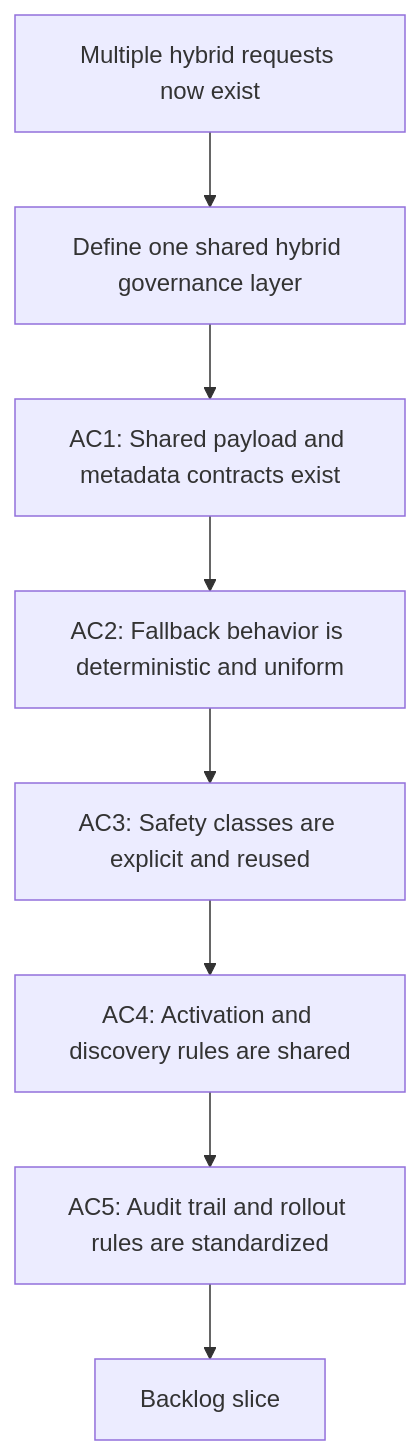
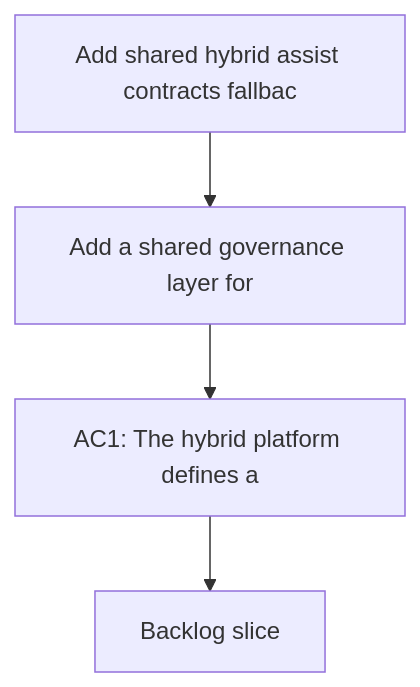
The diagram in logics/request/req_093_add_shared_hybrid_assist_contracts_fallback_policy_activation_rules_and_audit_governance_for_logics_delivery_automation.md (AlexAgo83/logics-manager), drawn with Mermaid before and after one commit. The commit also changed 481 other files, not shown here.

````diff
--- a/logics/request/req_093_add_shared_hybrid_assist_contracts_fallback_policy_activation_rules_and_audit_governance_for_logics_delivery_automation.md
+++ b/logics/request/req_093_add_shared_hybrid_assist_contracts_fallback_policy_activation_rules_and_audit_governance_for_logics_delivery_automation.md
@@ -40,12 +40,8 @@
 ```mermaid
 %% logics-kind: request
 %% logics-signature: request|add-shared-hybrid-assist-contracts-fallb|add-a-shared-governance-layer-for|ac1-the-hybrid-platform-defines-a
 flowchart TD
-    Trigger[Multiple hybrid requests now exist] --> Platform[Define one shared hybrid governance layer]
-    Platform --> AC1[AC1: Shared payload and metadata contracts exist]
-    AC1 --> AC2[AC2: Fallback behavior is deterministic and uniform]
-    AC2 --> AC3[AC3: Safety classes are explicit and reused]
-    AC3 --> AC4[AC4: Activation and discovery rules are shared]
-    AC4 --> AC5[AC5: Audit trail and rollout rules are standardized]
-    AC5 --> Backlog[Backlog slice]
+    Trigger[Add shared hybrid assist contracts fallbac] --> Need[Add a shared governance layer for]
+    Need --> Outcome[AC1: The hybrid platform defines a]
+    Outcome --> Backlog[Backlog slice]
 ```
````
